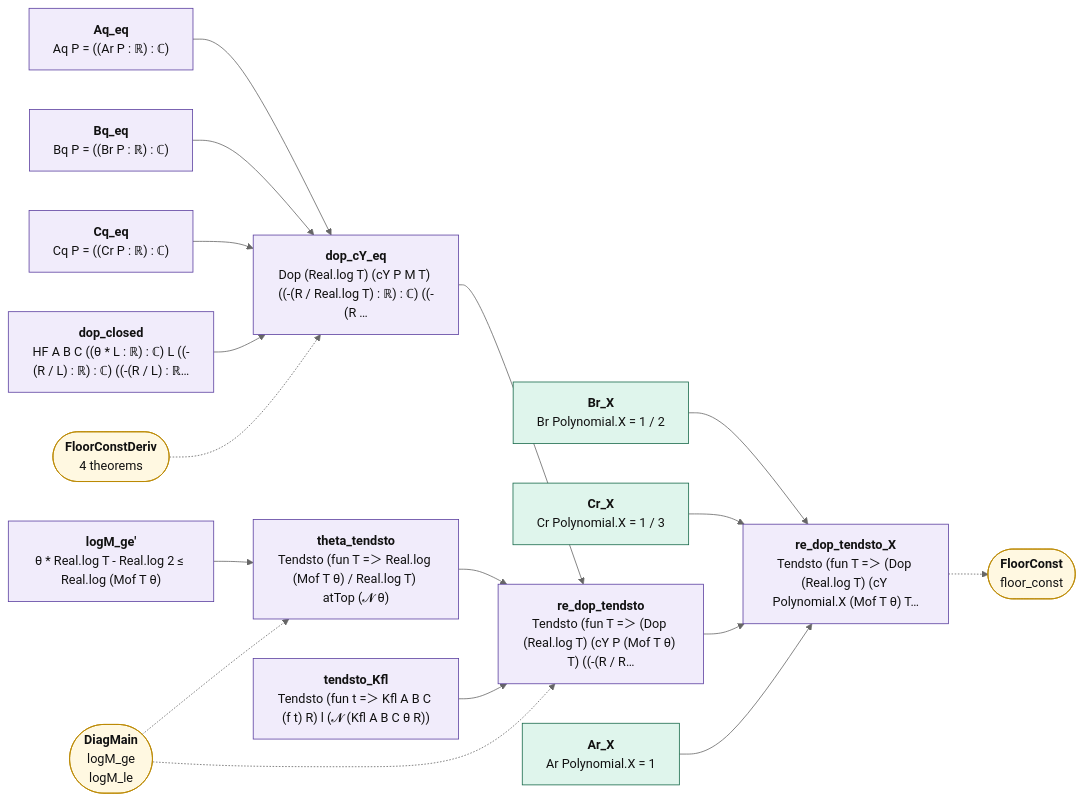
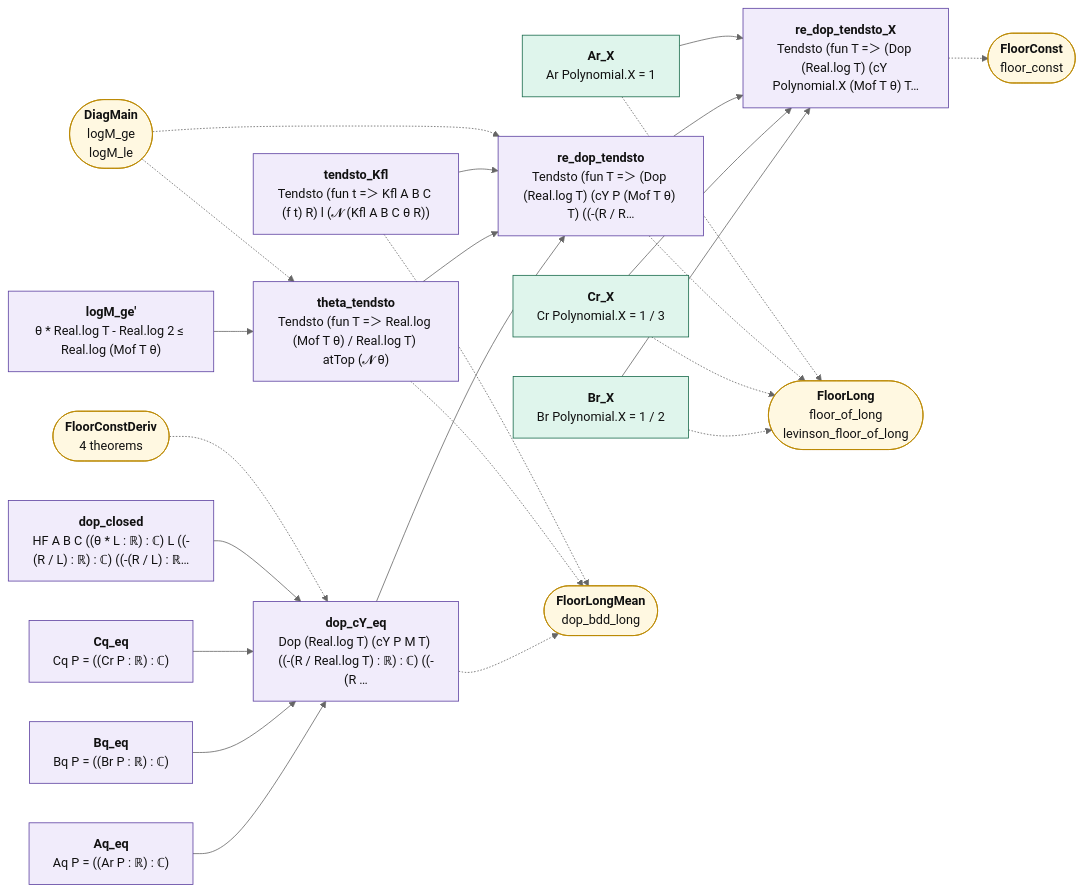
The diagram in map/lean_stage3/FloorConstLimit.md (juliansambranojr/Primebeat_081426), drawn with Mermaid (neutral theme) before and after one commit. The commit also changed other lines of this file and 64 other files, not shown here.

````diff
--- a/map/lean_stage3/FloorConstLimit.md
+++ b/map/lean_stage3/FloorConstLimit.md
@@ -14,43 +14,52 @@
 ```mermaid
 flowchart LR
   n0["<b>Aq_eq</b><br/>Aq P = ((Ar P : ℝ) : ℂ)"]:::shp
   n1["<b>Bq_eq</b><br/>Bq P = ((Br P : ℝ) : ℂ)"]:::shp
   n2["<b>Cq_eq</b><br/>Cq P = ((Cr P : ℝ) : ℂ)"]:::shp
   n3["<b>dop_closed</b><br/>HF A B C ((θ * L : ℝ) : ℂ) L ((-(R / L) : ℝ) : ℂ) ((-(R / L) : ℝ…"]:::shp
   n4["<b>dop_cY_eq</b><br/>Dop (Real.log T) (cY P M T) ((-(R / Real.log T) : ℝ) : ℂ) ((-(R …"]:::shp
   n5["<b>logM_ge'</b><br/>θ * Real.log T - Real.log 2 ≤ Real.log (Mof T θ)"]:::shp
   n6["<b>theta_tendsto</b><br/>Tendsto (fun T =＞ Real.log (Mof T θ) / Real.log T) atTop (𝓝 θ)"]:::shp
   n7["<b>tendsto_Kfl</b><br/>Tendsto (fun t =＞ Kfl A B C (f t) R) l (𝓝 (Kfl A B C θ R))"]:::shp
   n8["<b>re_dop_tendsto</b><br/>Tendsto (fun T =＞ (Dop (Real.log T) (cY P (Mof T θ) T) ((-(R / R…"]:::shp
   n9["<b>Ar_X</b><br/>Ar Polynomial.X = 1"]:::cnt
   n10["<b>Br_X</b><br/>Br Polynomial.X = 1 / 2"]:::cnt
   n11["<b>Cr_X</b><br/>Cr Polynomial.X = 1 / 3"]:::cnt
   n12["<b>re_dop_tendsto_X</b><br/>Tendsto (fun T =＞ (Dop (Real.log T) (cY Polynomial.X (Mof T θ) T…"]:::shp
   x0(["<b>FloorConstDeriv</b><br/>4 theorems"]):::ext
-  x1(["<b>DiagMain</b><br/>logM_ge<br/>logM_le"]):::ext
-  x2(["<b>FloorConst</b><br/>floor_const"]):::ext
+  x1(["<b>FloorLongMean</b><br/>dop_bdd_long"]):::ext
+  x2(["<b>DiagMain</b><br/>logM_ge<br/>logM_le"]):::ext
+  x3(["<b>FloorLong</b><br/>floor_of_long<br/>levinson_floor_of_long"]):::ext
+  x4(["<b>FloorConst</b><br/>floor_const"]):::ext
   n0 --> n4
   n1 --> n4
   n10 --> n12
   n11 --> n12
   n2 --> n4
   n3 --> n4
   n4 --> n8
   n5 --> n6
   n6 --> n8
   n7 --> n8
   n8 --> n12
   n9 --> n12
-  n12 -.-> x2
+  n10 -.-> x3
+  n11 -.-> x3
+  n12 -.-> x4
+  n4 -.-> x1
+  n6 -.-> x1
+  n7 -.-> x1
+  n8 -.-> x3
+  n9 -.-> x3
   x0 -.-> n4
-  x1 -.-> n6
-  x1 -.-> n8
+  x2 -.-> n6
+  x2 -.-> n8
   classDef cnt fill:#dff5ec,stroke:#17694a,color:#111
   classDef shp fill:#f1ecfb,stroke:#5b3fa0,color:#111
   classDef rh fill:#ffe5e5,stroke:#c22,color:#111,stroke-width:2px
   classDef thm fill:#eef4ff,stroke:#335,color:#111
   classDef end_ fill:#e7f7e7,stroke:#2a7,color:#111,stroke-width:2px
   classDef lone fill:#fff,stroke:#999,color:#111,stroke-dasharray:4 3
   classDef bad fill:#ffe5e5,stroke:#c22,color:#111,stroke-width:2px
   classDef ext fill:#fff8e1,stroke:#b80,color:#111
 ```
````
